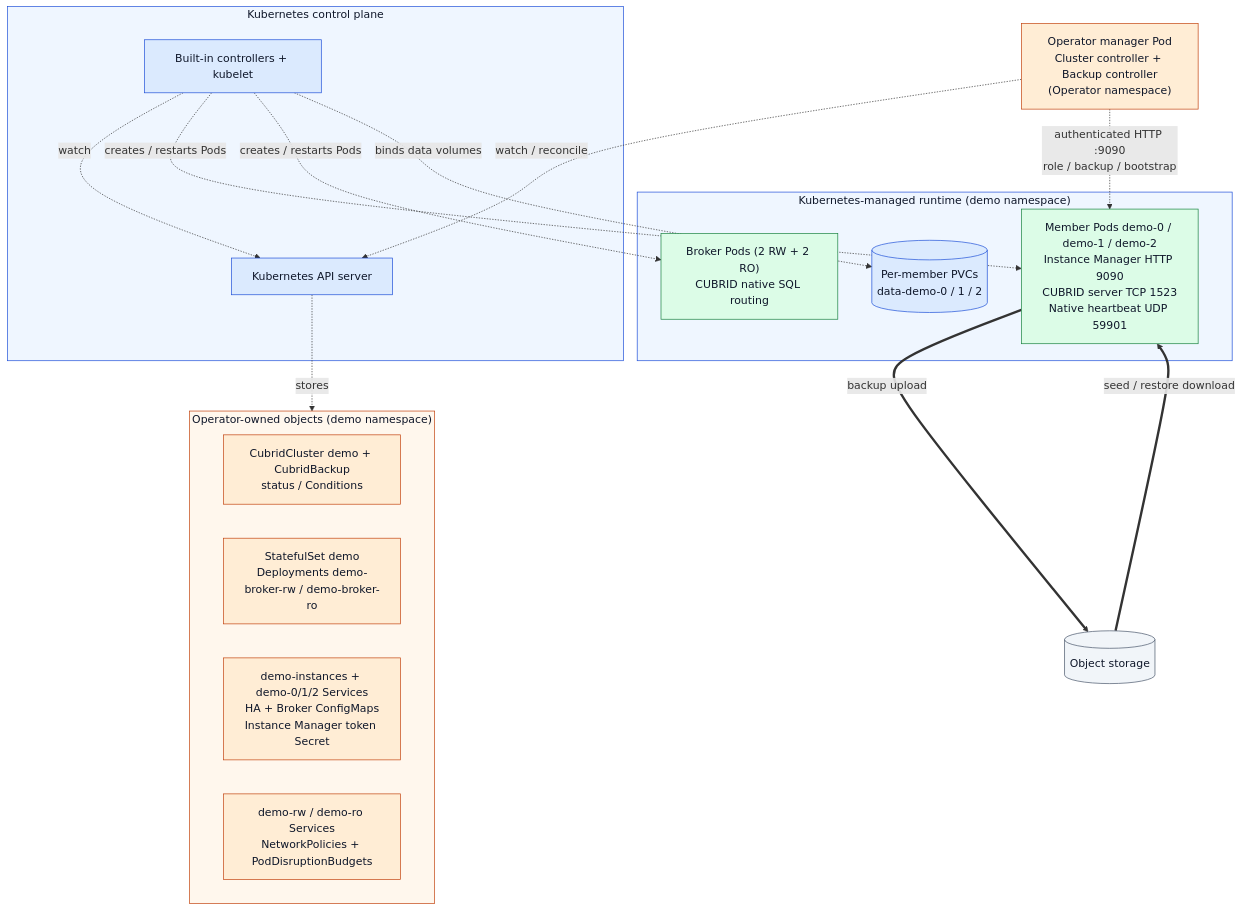
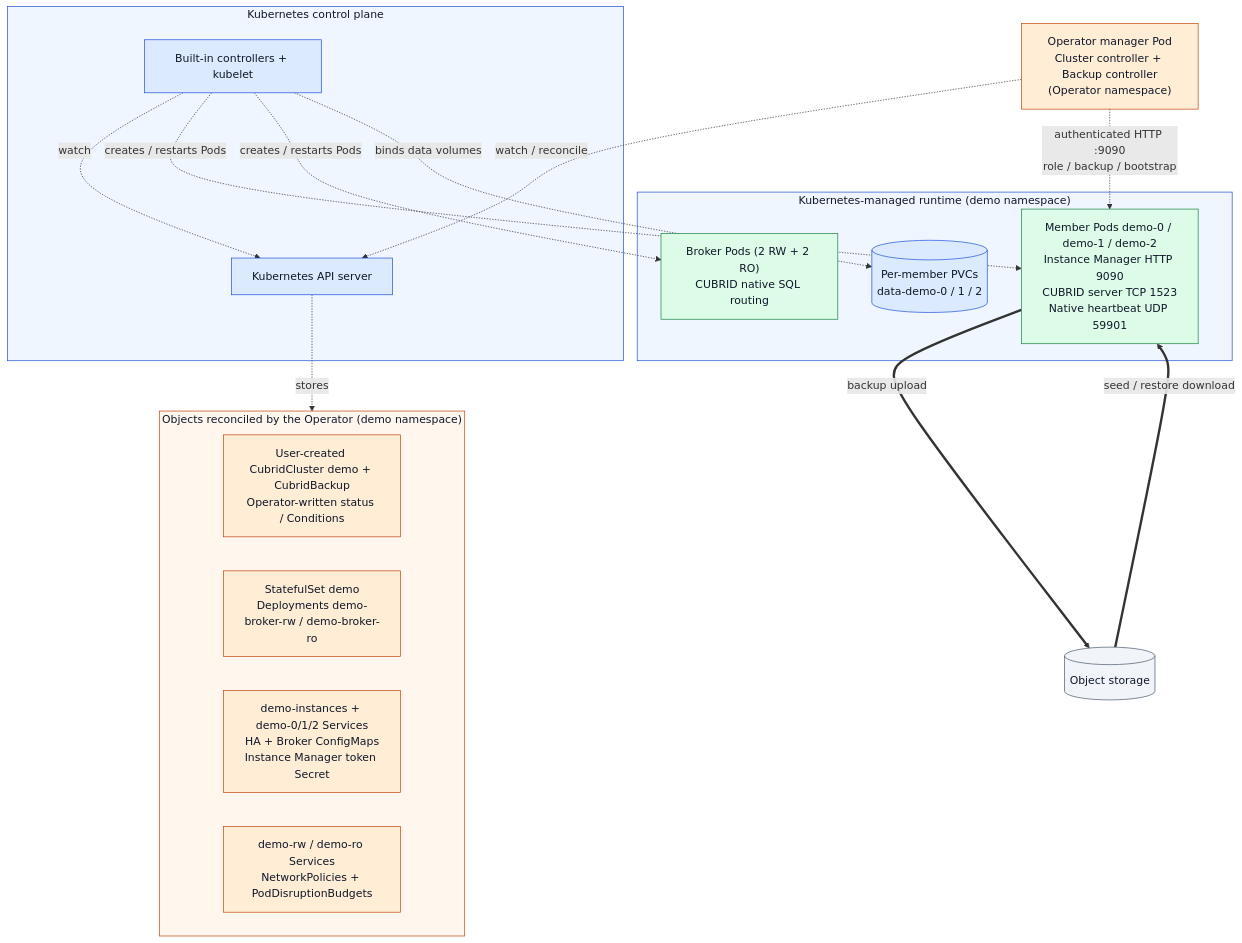
The first of 2 diagrams in docs/architecture/topology.md (cubrid-lab/cubrid-kubernetes-operator), drawn with Mermaid before and after one commit.

Commit message:
docs(topology): distinguish user-created custom resources from Operator-owned children

````diff
--- a/docs/architecture/topology.md
+++ b/docs/architecture/topology.md
@@ -30,43 +30,43 @@
 ```mermaid
 flowchart TB
     mgr["Operator manager Pod<br/>Cluster controller + Backup controller<br/>(Operator namespace)"]:::op
 
     subgraph cp["Kubernetes control plane"]
         api["Kubernetes API server"]:::k8s
         builtin["Built-in controllers + kubelet"]:::k8s
     end
 
-    subgraph objs["Operator-owned objects (demo namespace)"]
-        crs["CubridCluster demo + CubridBackup<br/>status / Conditions"]:::op
+    subgraph objs["Objects reconciled by the Operator (demo namespace)"]
+        crs["User-created CubridCluster demo + CubridBackup<br/>Operator-written status / Conditions"]:::op
         workload["StatefulSet demo<br/>Deployments demo-broker-rw / demo-broker-ro"]:::op
         config["demo-instances + demo-0/1/2 Services<br/>HA + Broker ConfigMaps<br/>Instance Manager token Secret"]:::op
         safety["demo-rw / demo-ro Services<br/>NetworkPolicies + PodDisruptionBudgets"]:::op
     end
 
     subgraph runtime["Kubernetes-managed runtime (demo namespace)"]
         db["Member Pods demo-0 / demo-1 / demo-2<br/>Instance Manager HTTP 9090<br/>CUBRID server TCP 1523<br/>Native heartbeat UDP 59901"]:::cubrid
         broker["Broker Pods (2 RW + 2 RO)<br/>CUBRID native SQL routing"]:::cubrid
         pvc[("Per-member PVCs<br/>data-demo-0 / 1 / 2")]:::k8s
     end
 
     store[("Object storage")]:::ext
 
     mgr -. "watch / reconcile" .-> api
     builtin -. "watch" .-> api
     api -. "stores" .-> objs
     builtin -. "creates / restarts Pods" .-> db
     builtin -. "creates / restarts Pods" .-> broker
     builtin -. "binds data volumes" .-> pvc
     mgr -. "authenticated HTTP :9090<br/>role / backup / bootstrap" .-> db
     db == "backup upload" ==> store
     store == "seed / restore download" ==> db
 
     classDef k8s fill:#dbeafe,stroke:#1d4ed8,color:#0f172a
     classDef op fill:#ffedd5,stroke:#c2410c,color:#0f172a
     classDef cubrid fill:#dcfce7,stroke:#15803d,color:#0f172a
     classDef ext fill:#f1f5f9,stroke:#475569,color:#0f172a
 
     style cp fill:#eff6ff,stroke:#1d4ed8,color:#0f172a
     style objs fill:#fff7ed,stroke:#c2410c,color:#0f172a
     style runtime fill:#eff6ff,stroke:#1d4ed8,color:#0f172a
 ```
````
